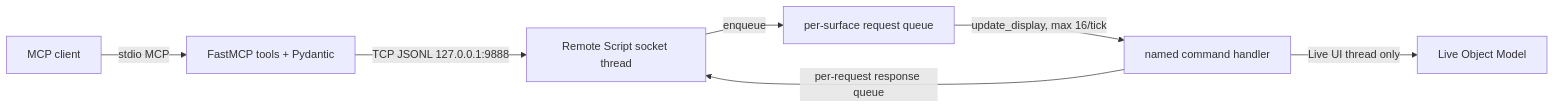
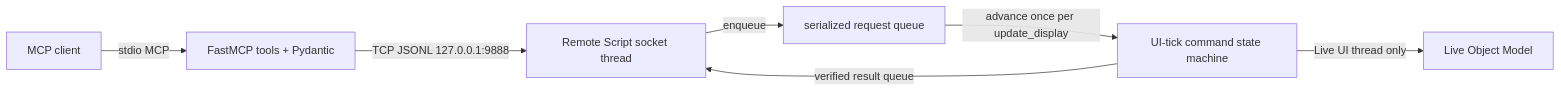
The diagram in docs/ARCHITECTURE.md (ntworm/ableton-mcp-server), drawn with Mermaid before and after one commit. The commit also changed other lines of this file and 16 other files, not shown here.

````diff
--- a/docs/ARCHITECTURE.md
+++ b/docs/ARCHITECTURE.md
@@ -14,9 +14,9 @@
 ```mermaid
 flowchart LR
     Agent["MCP client"] -->|stdio MCP| Server["FastMCP tools + Pydantic"]
     Server -->|"TCP JSONL 127.0.0.1:9888"| Socket["Remote Script socket thread"]
-    Socket -->|enqueue| Queue["per-surface request queue"]
-    Queue -->|"update_display, max 16/tick"| Handler["named command handler"]
-    Handler -->|Live UI thread only| LOM["Live Object Model"]
-    Handler -->|per-request response queue| Socket
+    Socket -->|enqueue| Queue["serialized request queue"]
+    Queue -->|"advance once per update_display"| Task["UI-tick command state machine"]
+    Task -->|Live UI thread only| LOM["Live Object Model"]
+    Task -->|verified result queue| Socket
 ```
````
